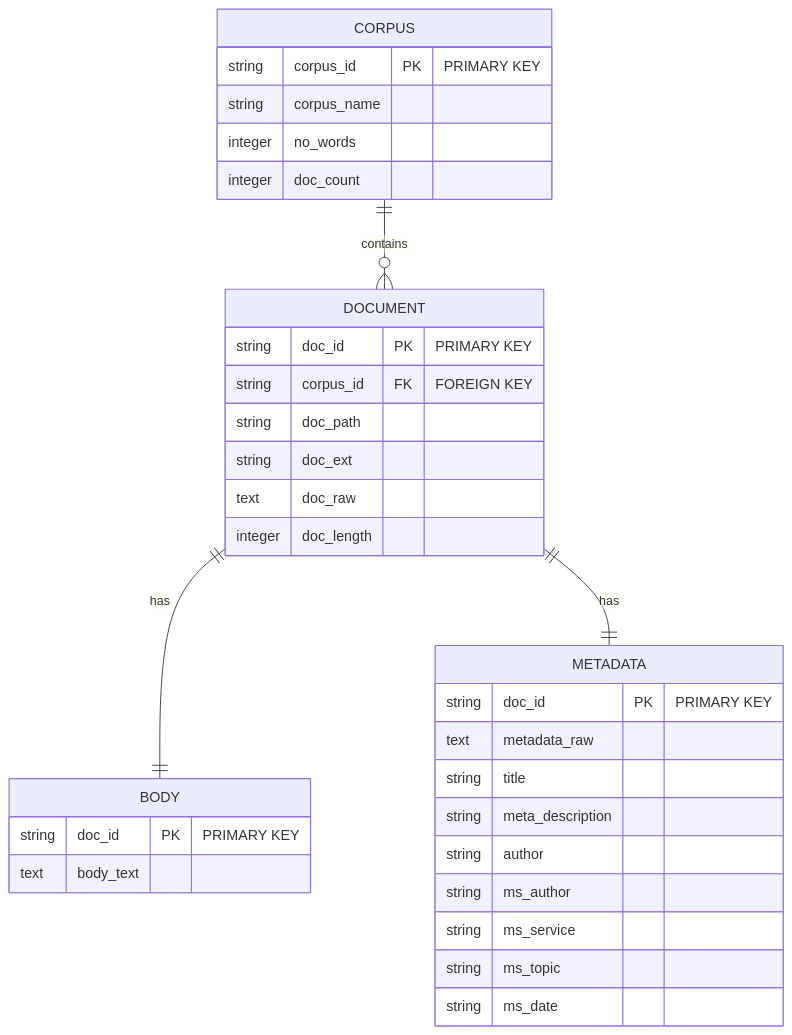
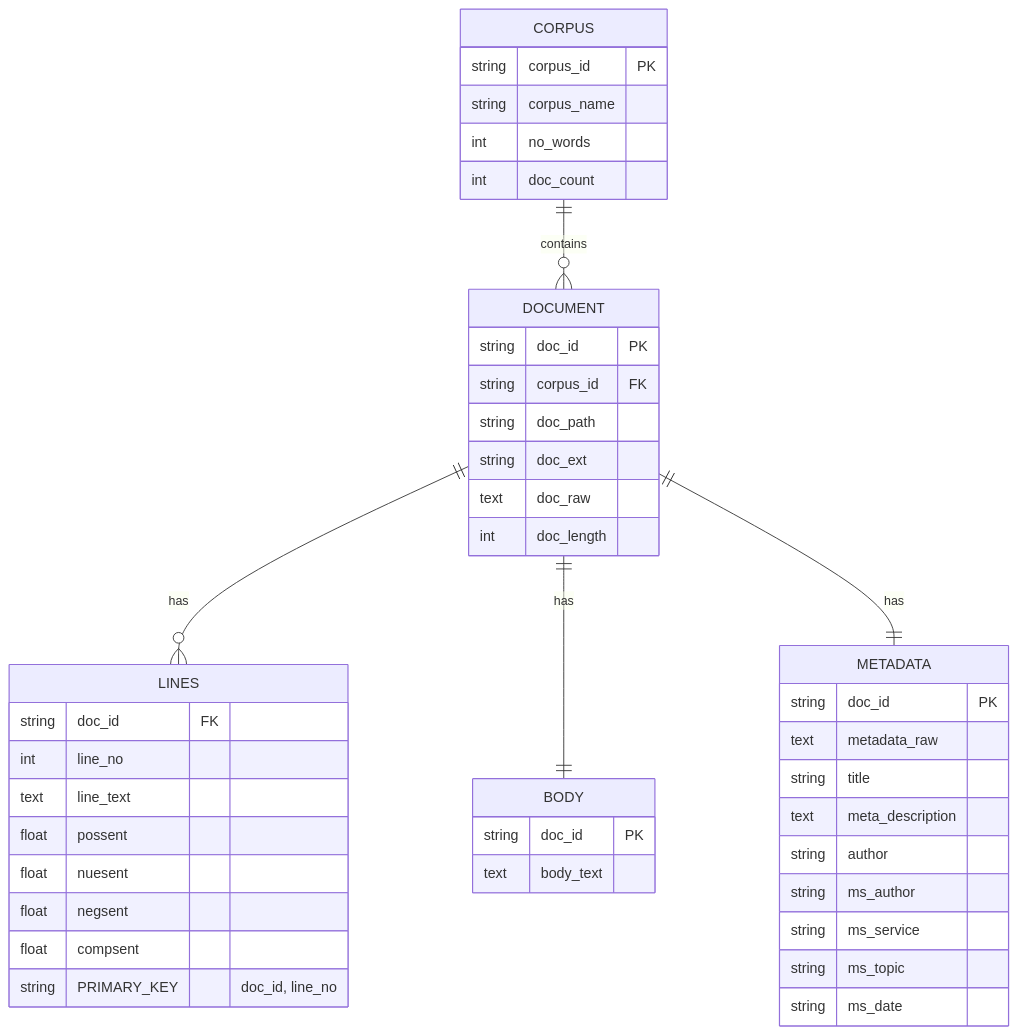
Before and after one commit to mattbriggs/text-miner: the diagram in docs/corpus.md, drawn with Mermaid. The commit also changed other lines of this file and 9 other files, not shown here.

````diff
--- a/docs/corpus.md
+++ b/docs/corpus.md
@@ -9,36 +11,50 @@
 ```mermaid
 erDiagram
+    CORPUS ||--o{ DOCUMENT : "contains"
     CORPUS {
-        string corpus_id PK "PRIMARY KEY"
+        string corpus_id PK
         string corpus_name
-        integer no_words
-        integer doc_count
+        int no_words
+        int doc_count
     }
+
+    DOCUMENT ||--o{ LINES : "has"
+    DOCUMENT ||--|| BODY : "has"
+    DOCUMENT ||--|| METADATA : "has"
     DOCUMENT {
-        string doc_id PK "PRIMARY KEY"
-        string corpus_id FK "FOREIGN KEY"
+        string doc_id PK
+        string corpus_id FK
         string doc_path
         string doc_ext
         text doc_raw
-        integer doc_length
+        int doc_length
     }
+
+    LINES {
+        string doc_id FK
+        int line_no
+        text line_text
+        float possent
+        float nuesent
+        float negsent
+        float compsent
+        string PRIMARY_KEY "doc_id, line_no"
+    }
+
     BODY {
-        string doc_id PK "PRIMARY KEY"
+        string doc_id PK
         text body_text
     }
+
     METADATA {
-        string doc_id PK "PRIMARY KEY"
+        string doc_id PK
         text metadata_raw
         string title
-        string meta_description
+        text meta_description
         string author
         string ms_author
         string ms_service
         string ms_topic
         string ms_date
     }
-    
-    CORPUS ||--o{ DOCUMENT : contains
-    DOCUMENT ||--|| BODY : has
-    DOCUMENT ||--|| METADATA : has
 ```
````
